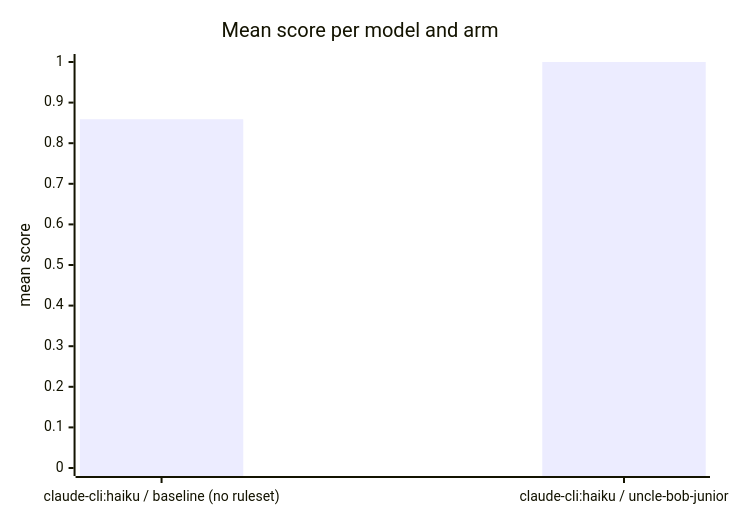
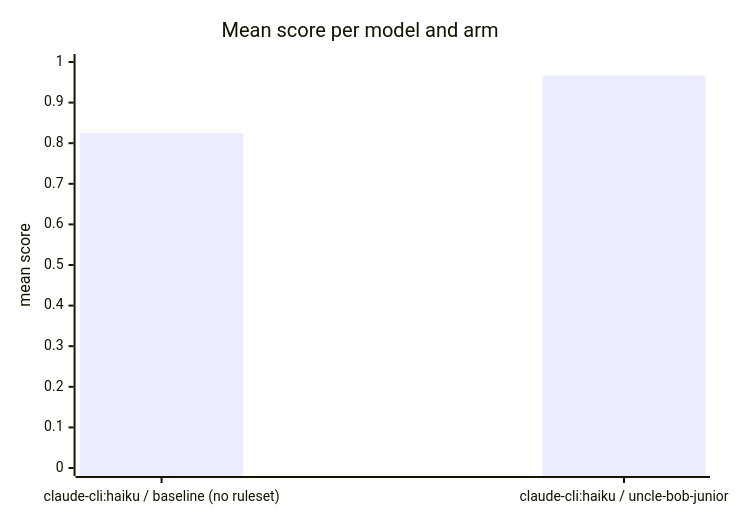
Before and after one commit to coenraadhuman/uncle-bob-junior: the diagram in website/docs/benchmark/scoreboard.mdx, drawn with Mermaid. The commit also changed other lines of this file and 733 other files, not shown here.

````diff
--- a/website/docs/benchmark/scoreboard.mdx
+++ b/website/docs/benchmark/scoreboard.mdx
@@ -14,7 +14,7 @@
 ```mermaid
 xychart-beta
     title "Mean score per model and arm"
     x-axis ["claude-cli:haiku / baseline (no ruleset)", "claude-cli:haiku / uncle-bob-junior"]
     y-axis "mean score" 0 --> 1
-    bar [0.859, 1.000]
+    bar [0.825, 0.967]
 ```
````
